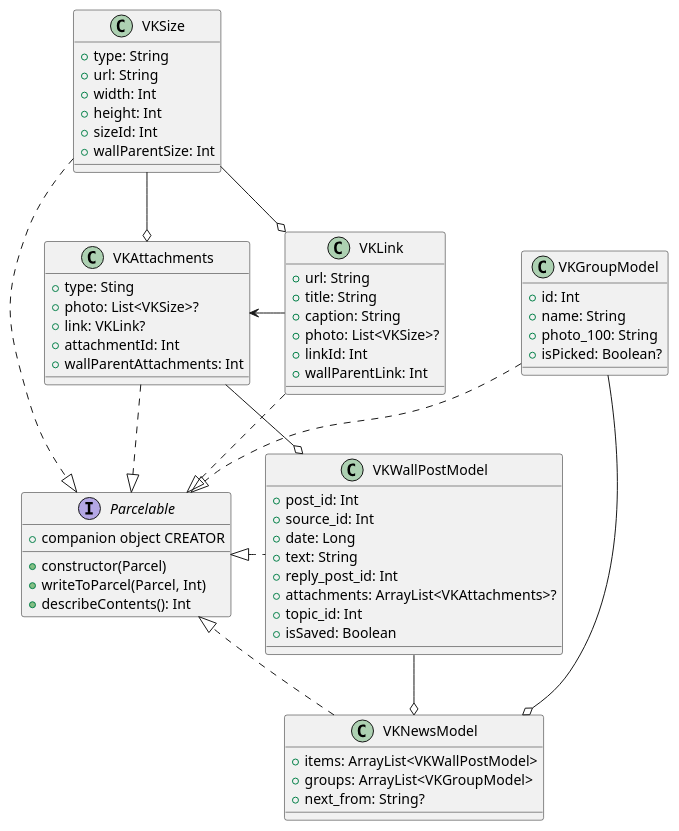
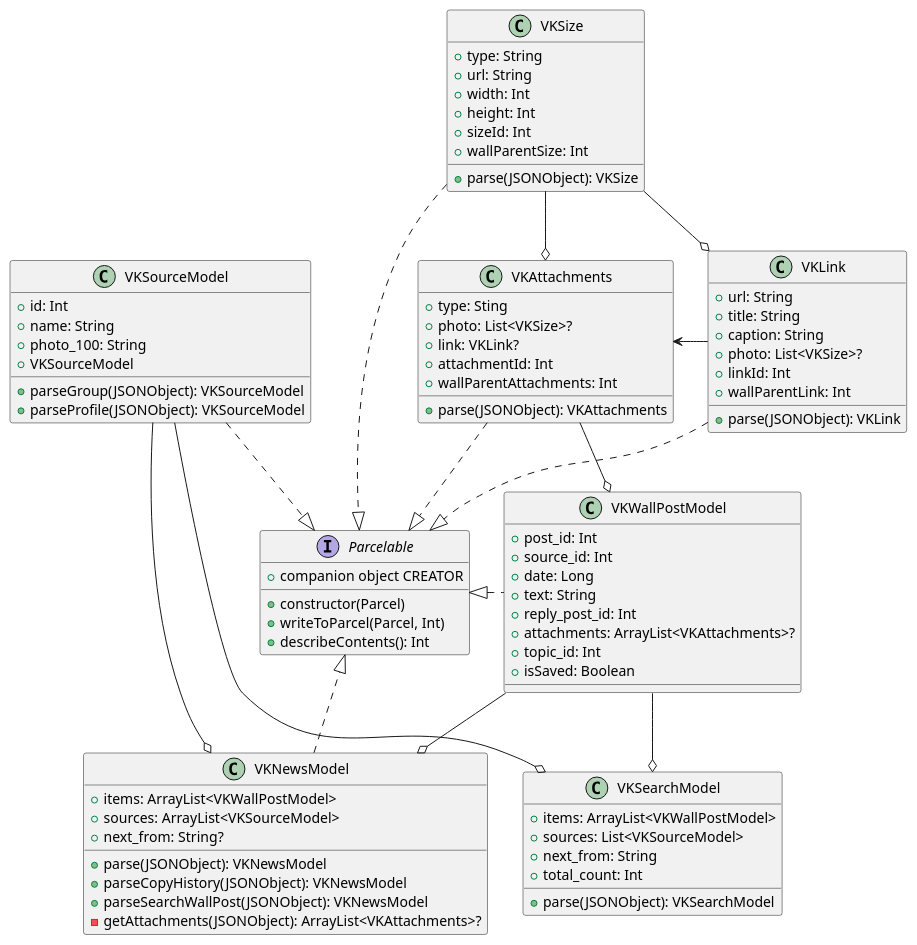
One commit to TanyaGrb/TanyaGrb changed the diagram in app/src/main/java/com/fktimp/news/models/models.puml. Above: the diagram before and after it, drawn with PlantUML. The commit also changed 32 other files, not shown here.

```diff
--- a/app/src/main/java/com/fktimp/news/models/models.puml
+++ b/app/src/main/java/com/fktimp/news/models/models.puml
@@ -1,77 +1,98 @@
 @startuml
 interface Parcelable {
     + constructor(Parcel)
     + writeToParcel(Parcel, Int)
     + describeContents(): Int
     + companion object CREATOR
 }
 
 
 class VKAttachments {
     + type: Sting
     + photo: List<VKSize>?
     + link: VKLink?
     + attachmentId: Int
     + wallParentAttachments: Int
+    + parse(JSONObject): VKAttachments
 }
 
 
-class VKGroupModel {
+class VKSourceModel {
     + id: Int
     + name: String
     + photo_100: String
-    + isPicked: Boolean?
+    + VKSourceModel
+    + parseGroup(JSONObject): VKSourceModel
+    + parseProfile(JSONObject): VKSourceModel
 }
 
 class VKLink {
     + url: String
     + title: String
     + caption: String
     + photo: List<VKSize>?
     + linkId: Int
     + wallParentLink: Int
+    + parse(JSONObject): VKLink
 }
 
 class VKNewsModel {
     + items: ArrayList<VKWallPostModel>
-    + groups: ArrayList<VKGroupModel>
+    + sources: ArrayList<VKSourceModel>
     + next_from: String?
+    + parse(JSONObject): VKNewsModel
+    + parseCopyHistory(JSONObject): VKNewsModel
+    + parseSearchWallPost(JSONObject): VKNewsModel
+    - getAttachments(JSONObject): ArrayList<VKAttachments>?
 }
 
 class VKSize {
     + type: String
     + url: String
     + width: Int
     + height: Int
     + sizeId: Int
     + wallParentSize: Int
+    + parse(JSONObject): VKSize
 }
 
 
 class VKWallPostModel {
     + post_id: Int
     + source_id: Int
     + date: Long
     + text: String
     + reply_post_id: Int
     + attachments: ArrayList<VKAttachments>?
     + topic_id: Int
     + isSaved: Boolean
 }
 
+class VKSearchModel{
+    + items: ArrayList<VKWallPostModel>
+    + sources: List<VKSourceModel>
+    + next_from: String
+    + total_count: Int
+    + parse(JSONObject): VKSearchModel
+}
+
+
 
 VKLink --left> VKAttachments
-VKGroupModel --o VKNewsModel
+VKSourceModel --o VKNewsModel
 VKWallPostModel --o VKNewsModel
 VKSize --o VKLink
 VKSize --o VKAttachments
 VKAttachments --o VKWallPostModel
 
 VKAttachments ..|> Parcelable
-VKGroupModel ..|> Parcelable
+VKSourceModel ..|> Parcelable
 VKLink ..|> Parcelable
 VKNewsModel ..|> Parcelable
 VKWallPostModel ..left|> Parcelable
 VKSize ..|> Parcelable
 
+VKWallPostModel --o VKSearchModel
+VKSourceModel --o VKSearchModel
+
 @enduml
```
